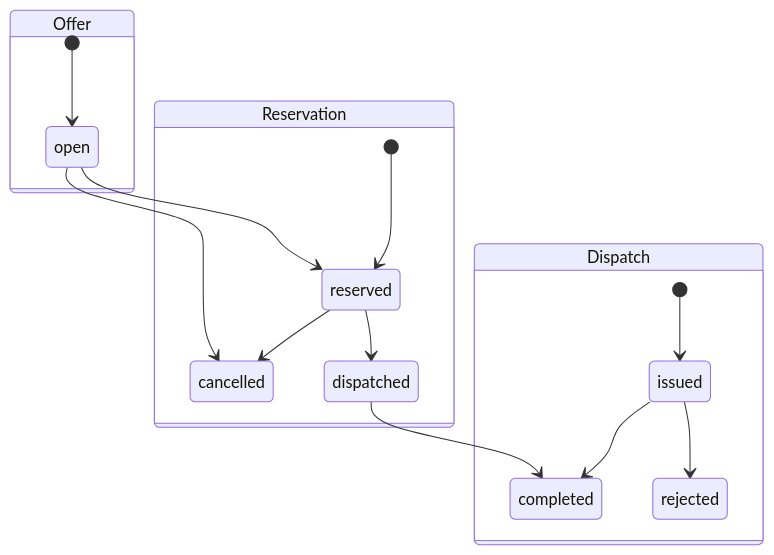
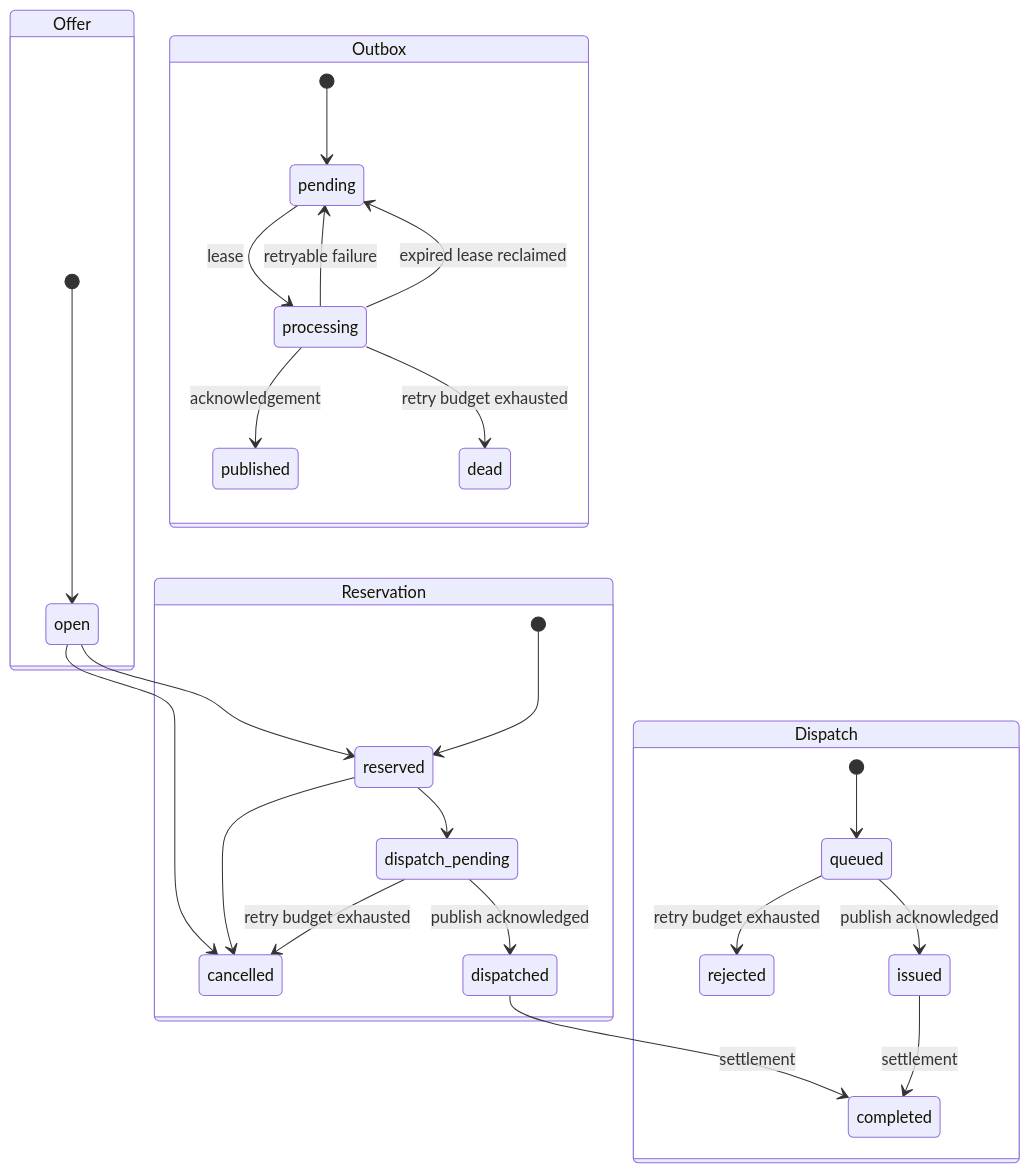
The second of 2 diagrams in docs/ARCHITECTURE.md (bilgekayali/energy-flex-trust-platform), drawn with Mermaid before and after one commit. The commit also changed other lines of this file, not shown here.

Commit message:
docs: align architecture with v0.3 outbox state model

````diff
--- a/docs/ARCHITECTURE.md
+++ b/docs/ARCHITECTURE.md
@@ -57,19 +81,30 @@
 ```mermaid
 stateDiagram-v2
     state Offer {
       [*] --> open
       open --> reserved
       open --> cancelled
     }
     state Reservation {
       [*] --> reserved
-      reserved --> dispatched
-      dispatched --> completed
+      reserved --> dispatch_pending
+      dispatch_pending --> dispatched: publish acknowledged
+      dispatch_pending --> cancelled: retry budget exhausted
+      dispatched --> completed: settlement
       reserved --> cancelled
     }
     state Dispatch {
-      [*] --> issued
-      issued --> completed
-      issued --> rejected
+      [*] --> queued
+      queued --> issued: publish acknowledged
+      queued --> rejected: retry budget exhausted
+      issued --> completed: settlement
+    }
+    state Outbox {
+      [*] --> pending
+      pending --> processing: lease
+      processing --> published: acknowledgement
+      processing --> pending: retryable failure
+      processing --> pending: expired lease reclaimed
+      processing --> dead: retry budget exhausted
     }
 ```
````
